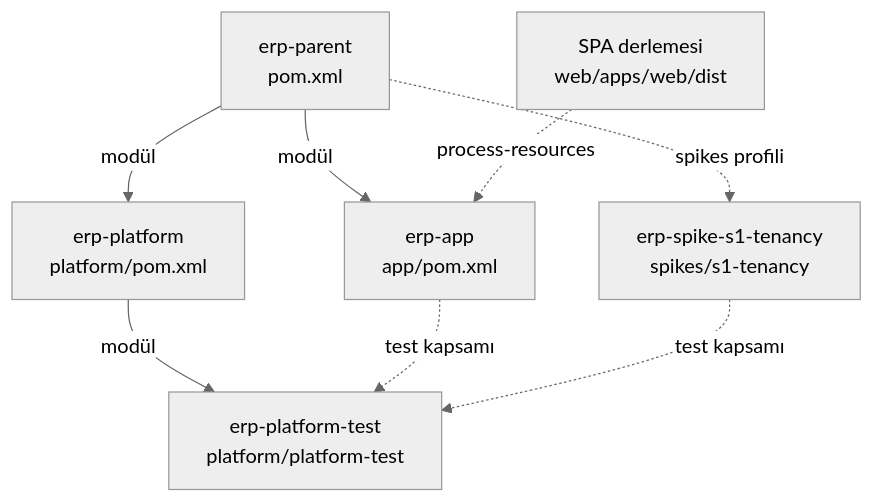
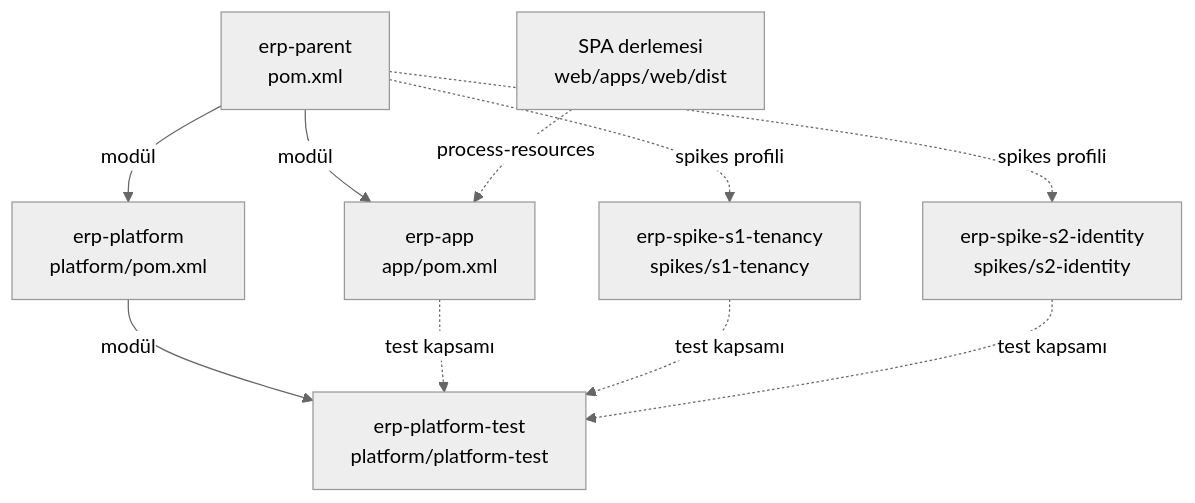
Before and after one commit to hamzapamuk23/erp-v4: the fourth of 14 diagrams in docs/guides/gelistirici-kilavuzu.md, drawn with Mermaid (neutral theme). The commit also changed other lines of this file and 1 other file, not shown here.

````diff
--- a/docs/guides/gelistirici-kilavuzu.md
+++ b/docs/guides/gelistirici-kilavuzu.md
@@ -205,10 +259,12 @@
 ```mermaid
 flowchart TD
 P[erp-parent<br>pom.xml] -->|modül| PL[erp-platform<br>platform/pom.xml]
 P -->|modül| APP[erp-app<br>app/pom.xml]
 PL -->|modül| PT[erp-platform-test<br>platform/platform-test]
 APP -.->|test kapsamı| PT
 DIST[SPA derlemesi<br>web/apps/web/dist] -.->|process-resources| APP
 P -.->|spikes profili| SP[erp-spike-s1-tenancy<br>spikes/s1-tenancy]
 SP -.->|test kapsamı| PT
+P -.->|spikes profili| SP2[erp-spike-s2-identity<br>spikes/s2-identity]
+SP2 -.->|test kapsamı| PT
 ```
````
